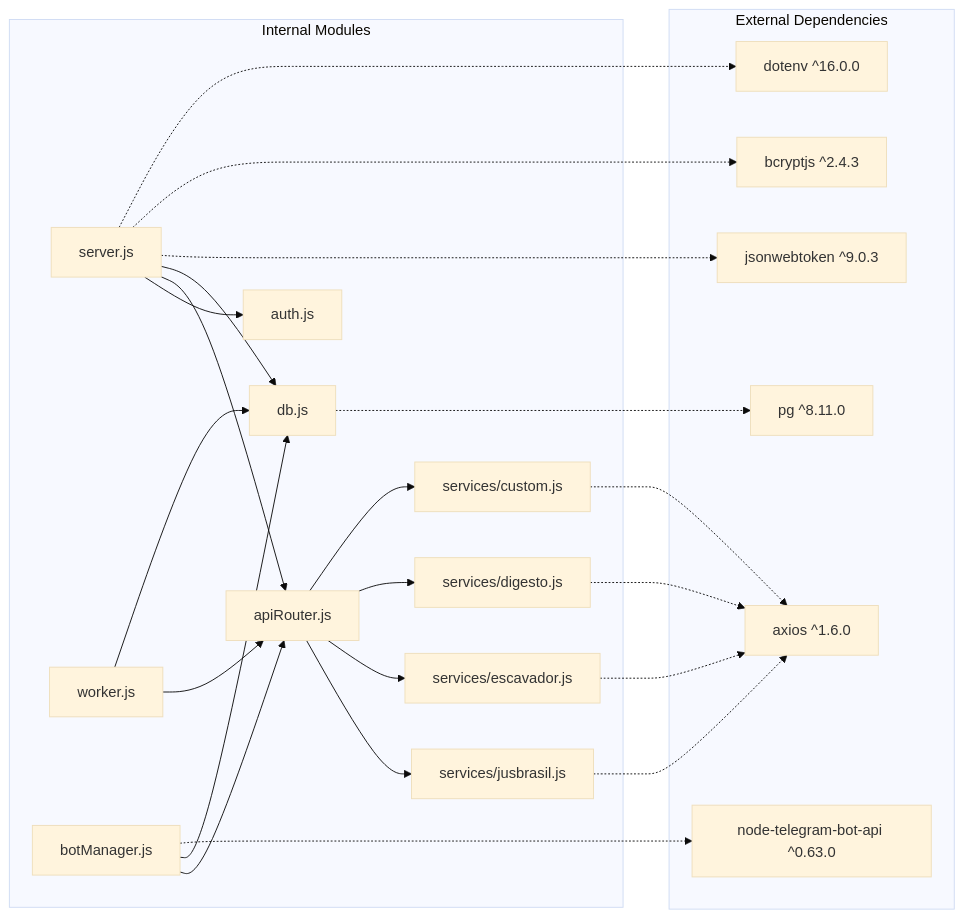
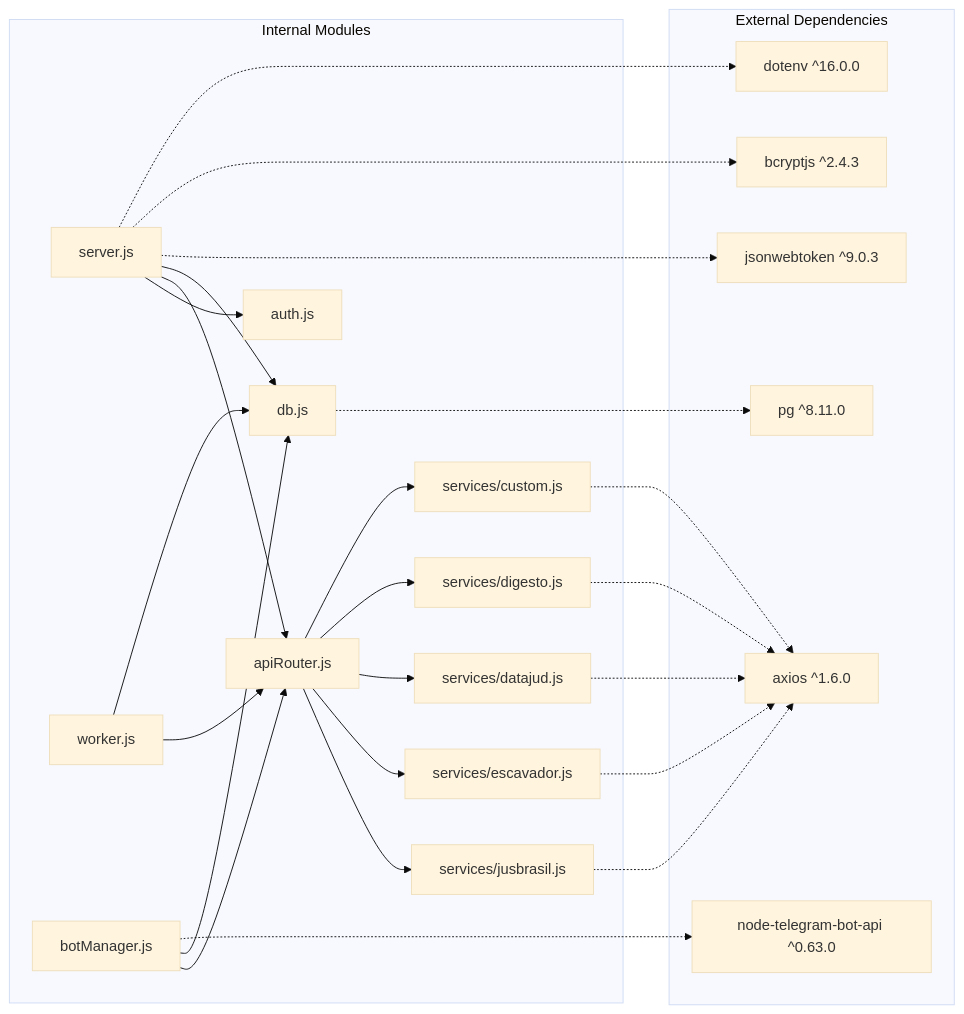
One commit to Alexandrexicara/bot-processos changed diagram 20 of 20 in .qoder/repowiki/en/content/API Integration Layer/Premium Paid Service Integration.md. Above: the diagram before and after it, drawn with Mermaid (base theme). The commit also changed other lines of this file and 10 other files, not shown here.

````diff
--- a/.qoder/repowiki/en/content/API Integration Layer/Premium Paid Service Integration.md
+++ b/.qoder/repowiki/en/content/API Integration Layer/Premium Paid Service Integration.md
@@ -752,43 +822,46 @@
 ```mermaid
 graph LR
 subgraph "External Dependencies"
 Axios["axios ^1.6.0"]
 JWT["jsonwebtoken ^9.0.3"]
 BCrypt["bcryptjs ^2.4.3"]
 PG["pg ^8.11.0"]
 Telegram["node-telegram-bot-api ^0.63.0"]
 Dotenv["dotenv ^16.0.0"]
 end
 subgraph "Internal Modules"
 Server["server.js"]
 Auth["auth.js"]
 Router["apiRouter.js"]
 Jusbrasil["services/jusbrasil.js"]
 Escavador["services/escavador.js"]
+DataJud["services/datajud.js"]
 Digesto["services/digesto.js"]
 Custom["services/custom.js"]
 Worker["worker.js"]
 BotMgr["botManager.js"]
 DB["db.js"]
 end
 Server --> Auth
 Server --> Router
 Router --> Jusbrasil
 Router --> Escavador
+Router --> DataJud
 Router --> Digesto
 Router --> Custom
 Worker --> Router
 BotMgr --> Router
 Server --> DB
 Worker --> DB
 BotMgr --> DB
 Jusbrasil -.-> Axios
 Escavador -.-> Axios
+DataJud -.-> Axios
 Digesto -.-> Axios
 Custom -.-> Axios
 Server -.-> JWT
 Server -.-> BCrypt
 DB -.-> PG
 BotMgr -.-> Telegram
 Server -.-> Dotenv
 ```
````
